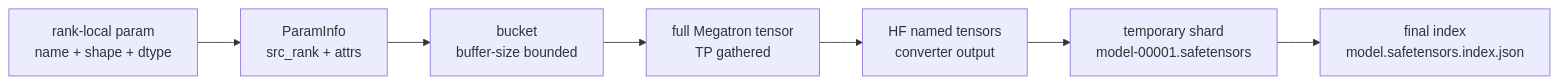
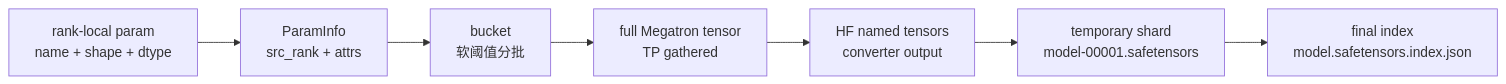
The diagram in slime_reading/权重同步/Megatron到HF转换/Slime-Megatron到HF转换-数据流.md (OnlyHero5/sglang-reading-vault), drawn with Mermaid before and after one commit. The commit also changed other lines of this file and 512 other files, not shown here.

````diff
--- a/slime_reading/权重同步/Megatron到HF转换/Slime-Megatron到HF转换-数据流.md
+++ b/slime_reading/权重同步/Megatron到HF转换/Slime-Megatron到HF转换-数据流.md
@@ -22,12 +22,12 @@
 ```mermaid
 flowchart LR
     Local["rank-local param<br/>name + shape + dtype"]
     Info["ParamInfo<br/>src_rank + attrs"]
-    Bucket["bucket<br/>buffer-size bounded"]
+    Bucket["bucket<br/>软阈值分批"]
     Full["full Megatron tensor<br/>TP gathered"]
     HF["HF named tensors<br/>converter output"]
     Tmp["temporary shard<br/>model-00001.safetensors"]
     Index["final index<br/>model.safetensors.index.json"]
 
     Local --> Info --> Bucket --> Full --> HF --> Tmp --> Index
 ```
````
